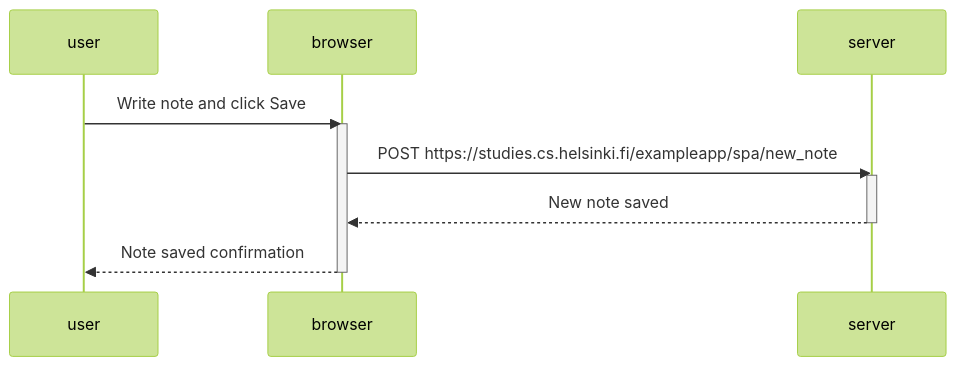
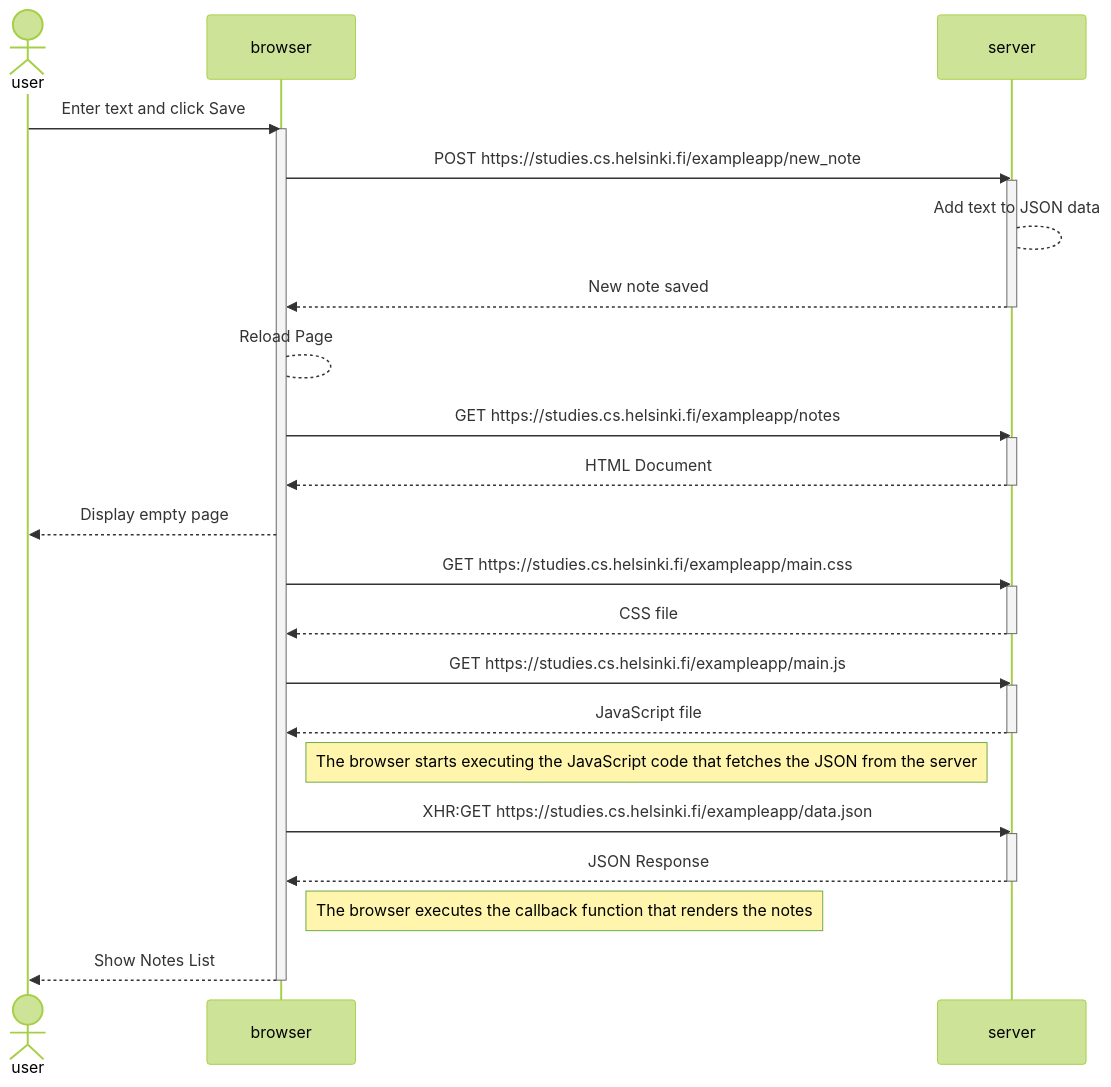
The diagram in osa0/0.6.md (il4mb/fullstackopen), drawn with Mermaid (forest theme) before and after one commit. The commit also changed other lines of this file and 3 other files, not shown here.

````diff
--- a/osa0/0.6.md
+++ b/osa0/0.6.md
@@ -3,17 +3,47 @@
 ```mermaid
 sequenceDiagram
-    participant user
+    actor user
     participant browser
     participant server
 
-    user->>browser: Write note and click Save
+    user->>browser: Enter text and click Save
     activate browser
 
-    browser->>server: POST https://studies.cs.helsinki.fi/exampleapp/spa/new_note
+    browser->>server: POST https://studies.cs.helsinki.fi/exampleapp/new_note
     activate server
+    server-->server: Add text to JSON data
     server-->>browser: New note saved
     deactivate server
 
-    browser-->>user: Note saved confirmation
+    browser-->browser: Reload Page
+
+    browser->>server: GET https://studies.cs.helsinki.fi/exampleapp/notes
+    activate server
+    server-->>browser: HTML Document 
+    deactivate server
+
+    browser-->>user: Display empty page
+
+    browser->>server: GET https://studies.cs.helsinki.fi/exampleapp/main.css
+    activate server
+    server-->>browser: CSS file 
+    deactivate server
+
+    browser->>server: GET https://studies.cs.helsinki.fi/exampleapp/main.js
+    activate server
+    server-->>browser: JavaScript file
+    deactivate server
+
+    Note right of browser: The browser starts executing the JavaScript code that fetches the JSON from the server
+
+    browser->>server: XHR:GET https://studies.cs.helsinki.fi/exampleapp/data.json 
+    activate server
+    server-->>browser: JSON Response
+    deactivate server
+
+    Note right of browser: The browser executes the callback function that renders the notes
+
+    browser-->>user: Show Notes List
     deactivate browser
+
 ```
````
